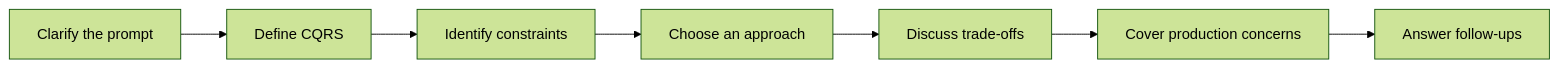
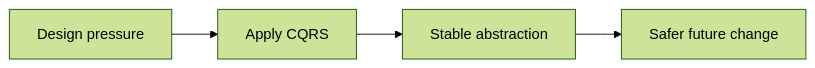
One commit to abstractinterviews/abstractinterviews.github.io changed the third of 3 diagrams in fundamentals/patterns/cqrs/index.md. Above: the diagram before and after it, drawn with Mermaid (forest theme). The commit also changed other lines of this file and 278 other files, not shown here.

````diff
--- a/fundamentals/patterns/cqrs/index.md
+++ b/fundamentals/patterns/cqrs/index.md
@@ -87,9 +100,6 @@
-~~~mermaid
+```mermaid
 flowchart LR
-    A["Clarify the prompt"] --> B["Define CQRS"]
-    B --> C["Identify constraints"]
-    C --> D["Choose an approach"]
-    D --> E["Discuss trade-offs"]
-    E --> F["Cover production concerns"]
-    F --> G["Answer follow-ups"]
-~~~
+    Smell["Design pressure"] --> Pattern["Apply CQRS"]
+    Pattern --> Boundary["Stable abstraction"]
+    Boundary --> Change["Safer future change"]
+```
````
